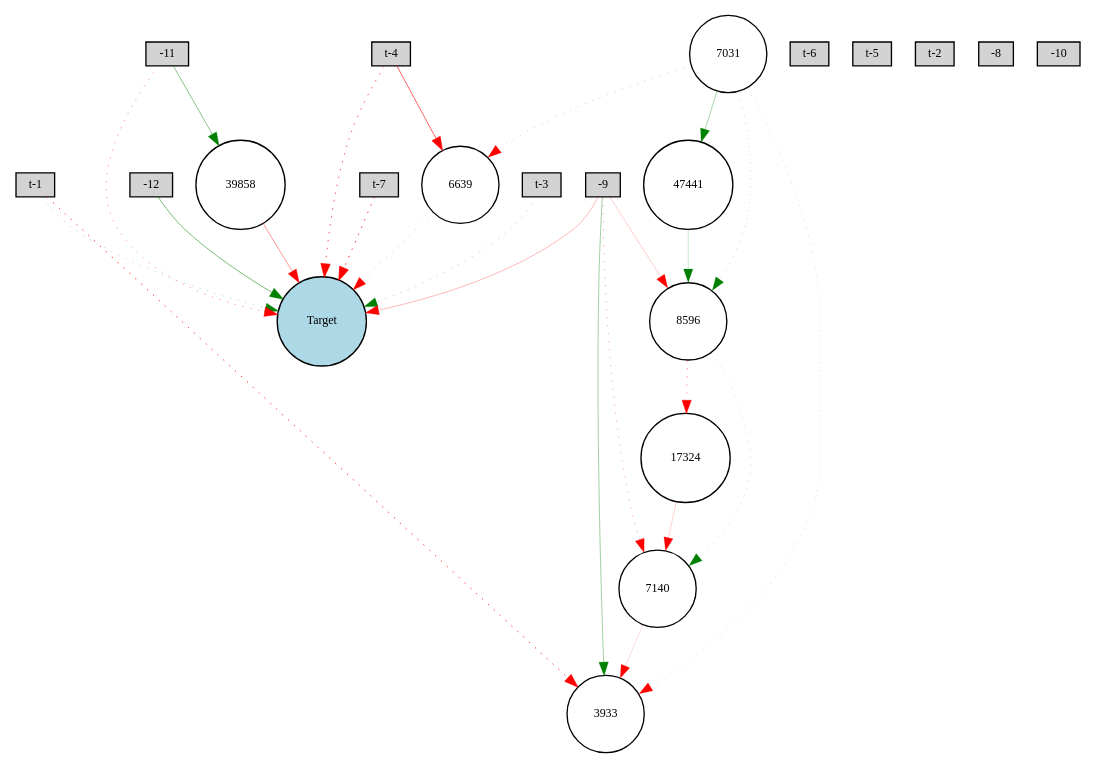
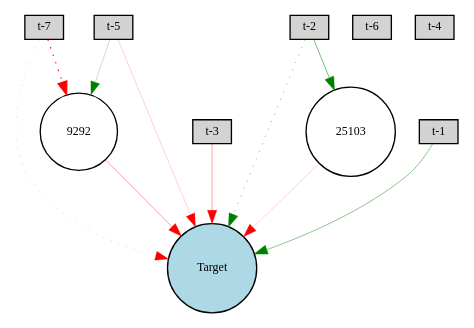
One commit to lafengxiaoyu/ENN changed the diagram in lynx/Digraph.gv. Above: the diagram before and after it, drawn with Graphviz. The commit also changed 6 other files, not shown here.

```diff
--- a/lynx/Digraph.gv
+++ b/lynx/Digraph.gv
@@ -1,48 +1,23 @@
 digraph {
 	node [fontsize=9 height=0.2 shape=circle width=0.2]
 	"t-7" [fillcolor=lightgray shape=box style=filled]
 	"t-6" [fillcolor=lightgray shape=box style=filled]
 	"t-5" [fillcolor=lightgray shape=box style=filled]
 	"t-4" [fillcolor=lightgray shape=box style=filled]
 	"t-3" [fillcolor=lightgray shape=box style=filled]
 	"t-2" [fillcolor=lightgray shape=box style=filled]
 	"t-1" [fillcolor=lightgray shape=box style=filled]
-	-8 [fillcolor=lightgray shape=box style=filled]
-	-9 [fillcolor=lightgray shape=box style=filled]
-	-10 [fillcolor=lightgray shape=box style=filled]
-	-11 [fillcolor=lightgray shape=box style=filled]
-	-12 [fillcolor=lightgray shape=box style=filled]
 	Target [fillcolor=lightblue style=filled]
-	7140 [fillcolor=white style=filled]
-	17324 [fillcolor=white style=filled]
-	6639 [fillcolor=white style=filled]
-	47441 [fillcolor=white style=filled]
-	39858 [fillcolor=white style=filled]
-	8596 [fillcolor=white style=filled]
-	7031 [fillcolor=white style=filled]
-	3933 [fillcolor=white style=filled]
-	"t-7" -> Target [color=red penwidth=0.6583265902318968 style=dotted]
-	"t-4" -> Target [color=red penwidth=0.5293107957688273 style=dotted]
-	"t-3" -> Target [color=green penwidth=0.19333009059290646 style=dotted]
-	-9 -> Target [color=red penwidth=0.20690736477149713 style=solid]
-	-12 -> Target [color=green penwidth=0.404235534377549 style=solid]
-	"t-1" -> Target [color=green penwidth=0.19297481285586654 style=dotted]
-	-9 -> 3933 [color=green penwidth=0.2771238984793043 style=solid]
-	"t-4" -> 6639 [color=red penwidth=0.478332715913275 style=solid]
-	6639 -> Target [color=red penwidth=0.1812270844452395 style=dotted]
-	-11 -> Target [color=red penwidth=0.3075846065978741 style=dotted]
-	7031 -> 6639 [color=red penwidth=0.1749443198087804 style=dotted]
-	-9 -> 7140 [color=red penwidth=0.23588171240403444 style=dotted]
-	7140 -> 3933 [color=red penwidth=0.10596214019632717 style=solid]
-	"t-1" -> 3933 [color=red penwidth=0.6327242125099847 style=dotted]
-	-9 -> 8596 [color=red penwidth=0.1462853004392174 style=solid]
-	8596 -> 7140 [color=green penwidth=0.1267237191721895 style=dotted]
-	8596 -> 17324 [color=red penwidth=0.32237406443673855 style=dotted]
-	17324 -> 7140 [color=red penwidth=0.14256910889051252 style=solid]
-	7031 -> 8596 [color=green penwidth=0.161182544090417 style=dotted]
-	-11 -> 39858 [color=green penwidth=0.3558068141866132 style=solid]
-	39858 -> Target [color=red penwidth=0.3075846065978741 style=solid]
-	7031 -> 3933 [color=red penwidth=0.13004704333584577 style=dotted]
-	7031 -> 47441 [color=green penwidth=0.2550575992881312 style=solid]
-	47441 -> 8596 [color=green penwidth=0.17485958057421402 style=solid]
+	9292 [fillcolor=white style=filled]
+	25103 [fillcolor=white style=filled]
+	"t-7" -> Target [color=red penwidth=0.14106672305795742 style=dotted]
+	"t-5" -> Target [color=red penwidth=0.1412355536637156 style=solid]
+	"t-3" -> Target [color=red penwidth=0.2664081476194301 style=solid]
+	"t-2" -> Target [color=green penwidth=0.322464673480393 style=dotted]
+	"t-1" -> Target [color=green penwidth=0.340137647255525 style=solid]
+	"t-5" -> 9292 [color=green penwidth=0.18447582256290423 style=solid]
+	9292 -> Target [color=red penwidth=0.29375541770484936 style=solid]
+	"t-7" -> 9292 [color=red penwidth=0.8559990852263915 style=dotted]
+	"t-2" -> 25103 [color=green penwidth=0.4147450334792928 style=solid]
+	25103 -> Target [color=red penwidth=0.1280282654326745 style=solid]
 }
```
